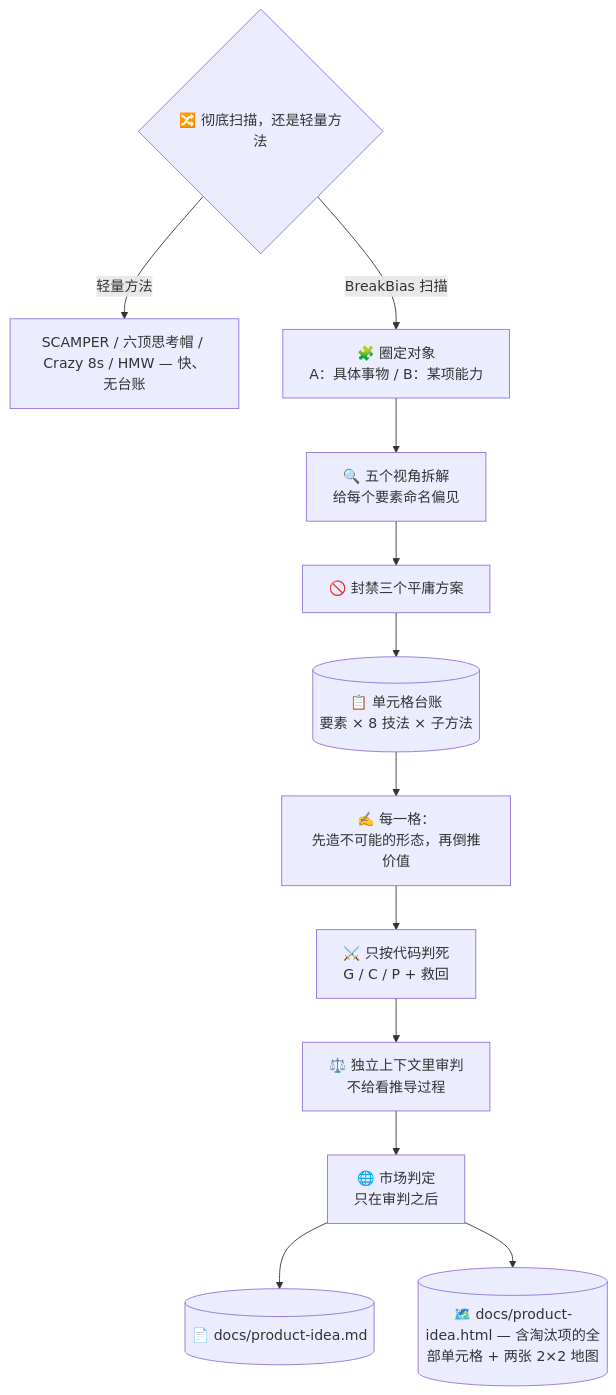
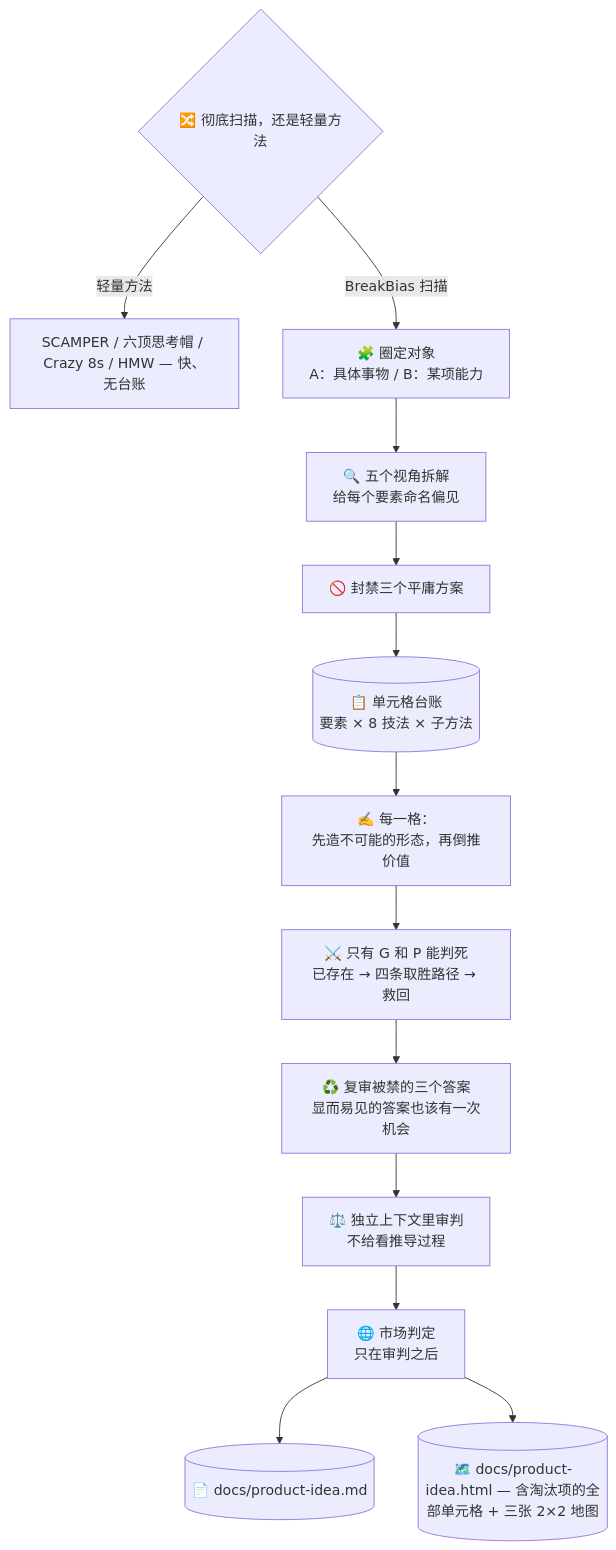
The diagram in skills/superforge-brain/README.zh-CN.md (takaoumehara/superforge-skill), drawn with Mermaid before and after one commit. The commit also changed other lines of this file and 92 other files, not shown here.

````diff
--- a/skills/superforge-brain/README.zh-CN.md
+++ b/skills/superforge-brain/README.zh-CN.md
@@ -27,14 +27,15 @@
 ```mermaid
 flowchart TD
     Z{🔀 彻底扫描，还是轻量方法} -->|轻量方法| ZC[SCAMPER / 六顶思考帽 / Crazy 8s / HMW — 快、无台账]
     Z -->|BreakBias 扫描| A[🧩 圈定对象<br/>A：具体事物 / B：某项能力]
     A --> B[🔍 五个视角拆解<br/>给每个要素命名偏见]
     B --> C[🚫 封禁三个平庸方案]
     C --> D[(📋 单元格台账<br/>要素 × 8 技法 × 子方法)]
     D --> E[✍️ 每一格：<br/>先造不可能的形态，再倒推价值]
-    E --> F[⚔️ 只按代码判死<br/>G / C / P + 救回]
-    F --> G[⚖️ 独立上下文里审判<br/>不给看推导过程]
+    E --> F[⚔️ 只有 G 和 P 能判死<br/>已存在 → 四条取胜路径 → 救回]
+    F --> F2[♻️ 复审被禁的三个答案<br/>显而易见的答案也该有一次机会]
+    F2 --> G[⚖️ 独立上下文里审判<br/>不给看推导过程]
     G --> H[🌐 市场判定<br/>只在审判之后]
     H --> I[(📄 docs/product-idea.md)]
-    H --> J[(🗺️ docs/product-idea.html — 含淘汰项的全部单元格 + 两张 2×2 地图)]
+    H --> J[(🗺️ docs/product-idea.html — 含淘汰项的全部单元格 + 三张 2×2 地图)]
 ```
````
